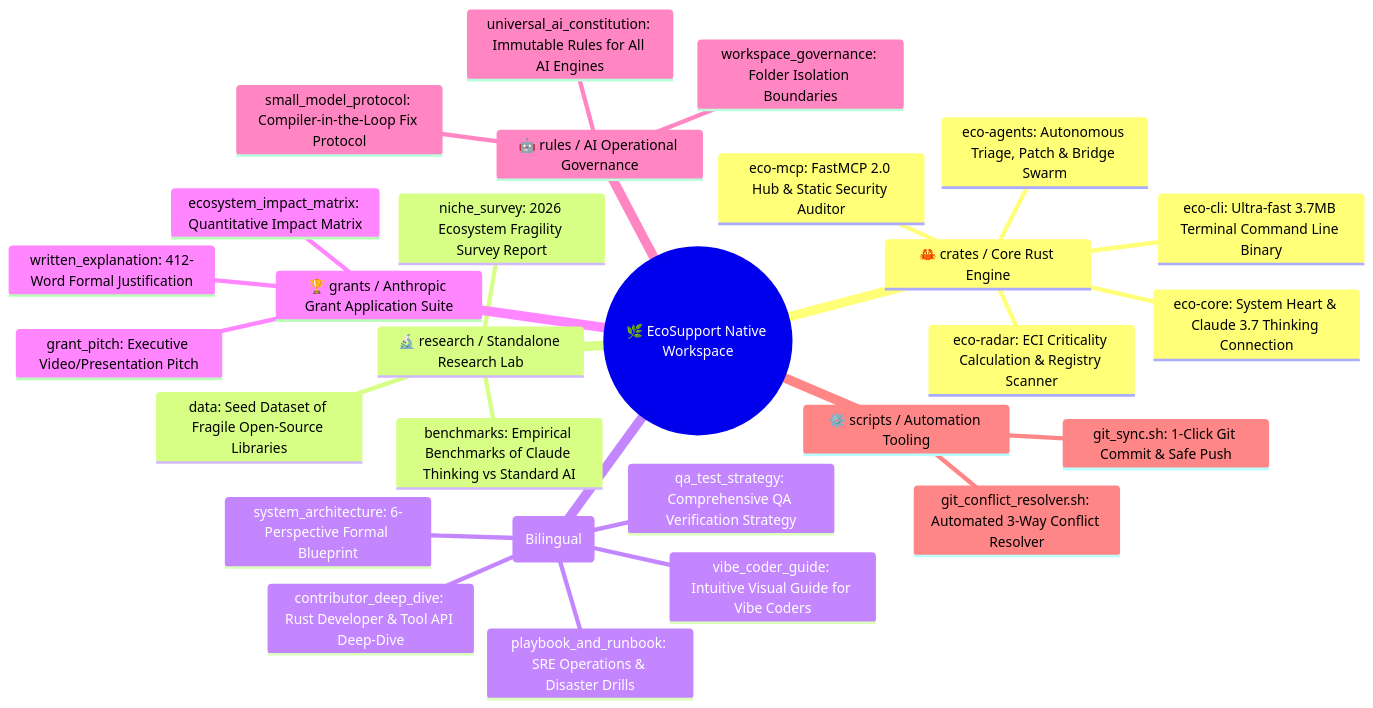
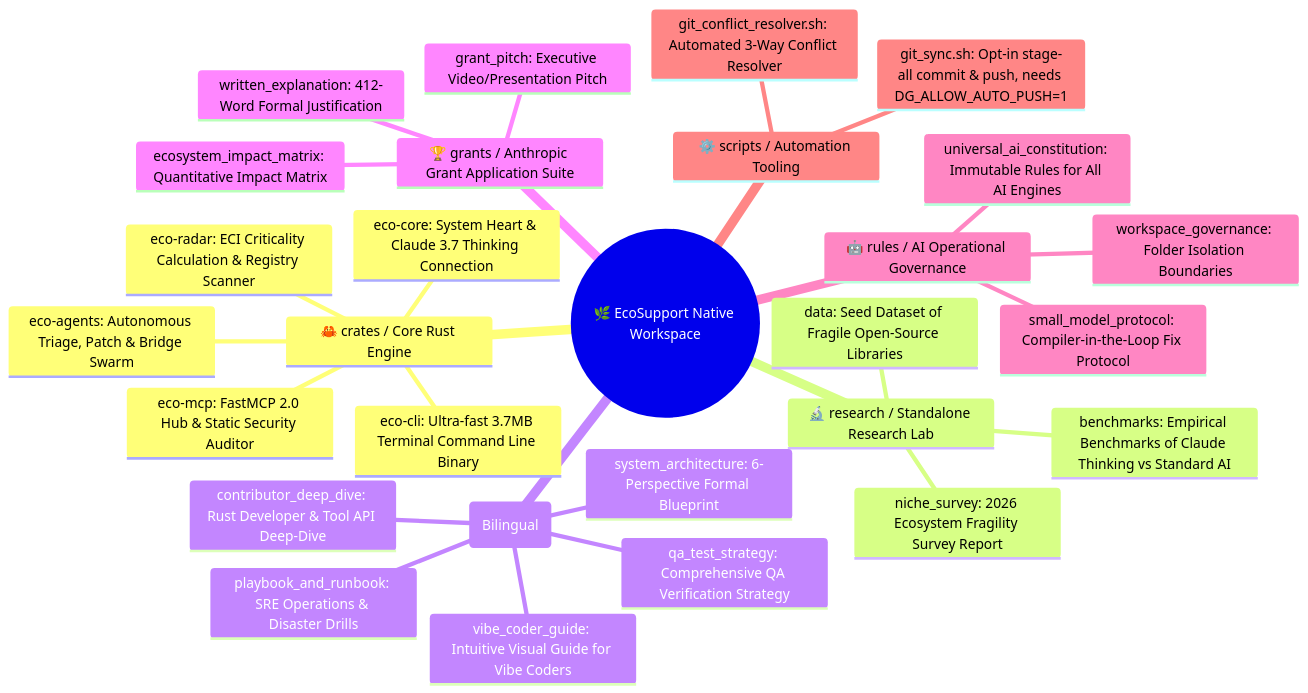
Before and after one commit to thanhnt-sm/eco_support_net_oracle: the second of 3 diagrams in docs/overview/vibe_coder_guide.md, drawn with Mermaid. The commit also changed other lines of this file and 408 other files, not shown here.

````diff
--- a/docs/overview/vibe_coder_guide.md
+++ b/docs/overview/vibe_coder_guide.md
@@ -47,31 +47,31 @@
 ```mermaid
 mindmap
   root((🌿 EcoSupport Native Workspace))
     🦀 crates / Core Rust Engine
       eco-core: System Heart & Claude 3.7 Thinking Connection
       eco-radar: ECI Criticality Calculation & Registry Scanner
       eco-mcp: FastMCP 2.0 Hub & Static Security Auditor
       eco-agents: Autonomous Triage, Patch & Bridge Swarm
       eco-cli: Ultra-fast 3.7MB Terminal Command Line Binary
     🔬 research / Standalone Research Lab
       niche_survey: 2026 Ecosystem Fragility Survey Report
       benchmarks: Empirical Benchmarks of Claude Thinking vs Standard AI
       data: Seed Dataset of Fragile Open-Source Libraries
     📚 docs / Living Knowledge Center (Bilingual)
       vibe_coder_guide: Intuitive Visual Guide for Vibe Coders
       system_architecture: 6-Perspective Formal Blueprint
       playbook_and_runbook: SRE Operations & Disaster Drills
       qa_test_strategy: Comprehensive QA Verification Strategy
       contributor_deep_dive: Rust Developer & Tool API Deep-Dive
     🏆 grants / Anthropic Grant Application Suite
       written_explanation: 412-Word Formal Justification
       ecosystem_impact_matrix: Quantitative Impact Matrix
       grant_pitch: Executive Video/Presentation Pitch
     🤖 rules / AI Operational Governance
       universal_ai_constitution: Immutable Rules for All AI Engines
       workspace_governance: Folder Isolation Boundaries
       small_model_protocol: Compiler-in-the-Loop Fix Protocol
     ⚙️ scripts / Automation Tooling
-      git_sync.sh: 1-Click Git Commit & Safe Push
+      git_sync.sh: Opt-in stage-all commit & push, needs DG_ALLOW_AUTO_PUSH=1
       git_conflict_resolver.sh: Automated 3-Way Conflict Resolver
 ```
````
